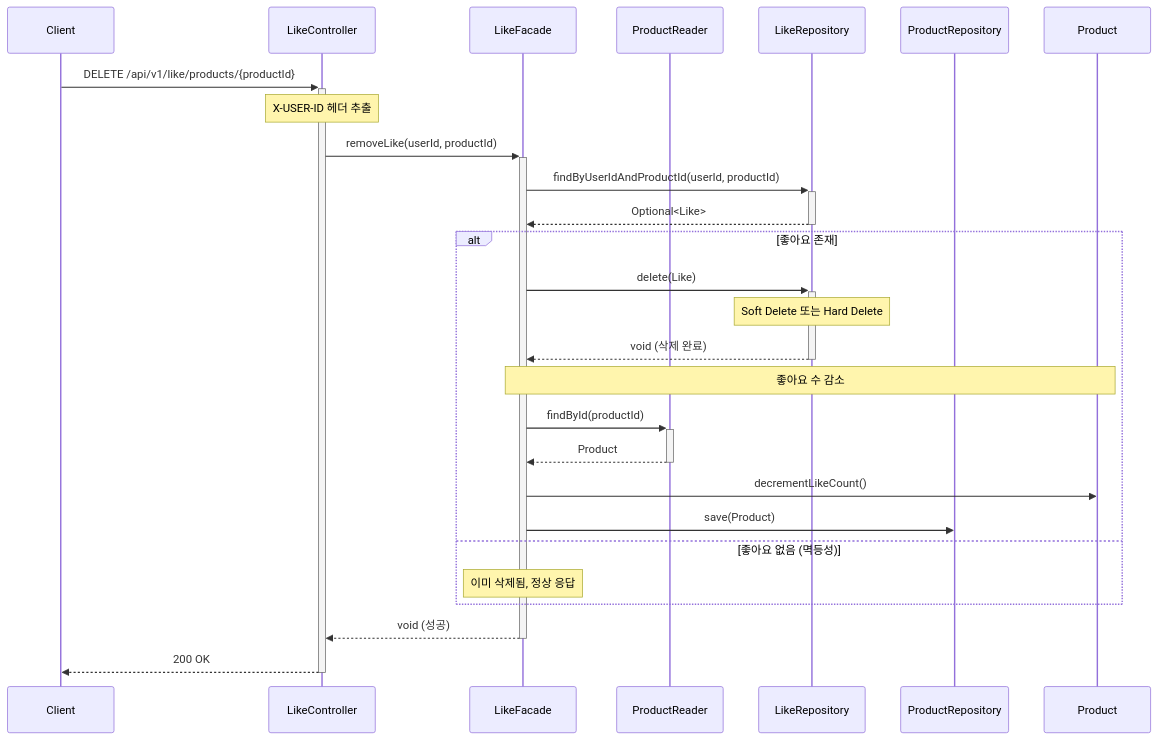
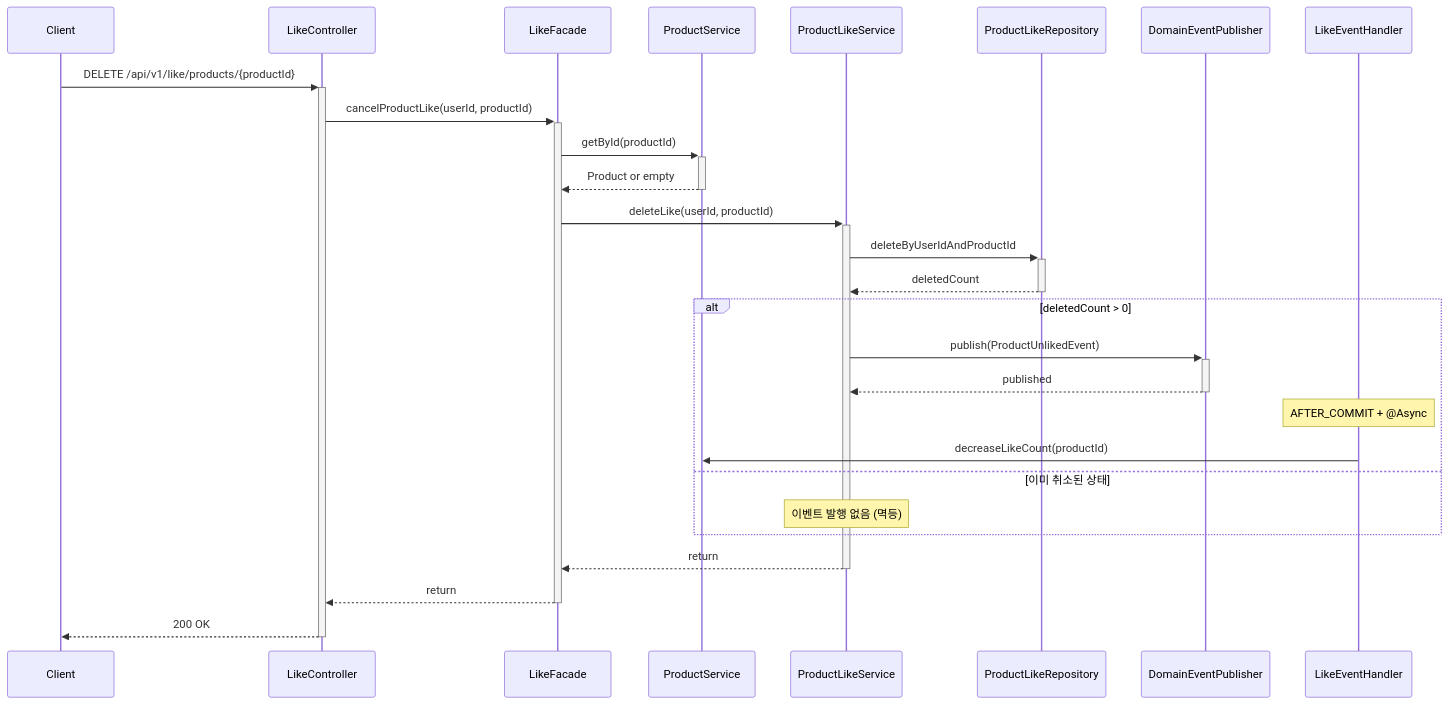
Before and after one commit to JeonJe/commerce-backend: the fourth of 10 diagrams in docs/design/02-sequence-diagrams.md, drawn with Mermaid. The commit also changed other lines of this file and 9 other files, not shown here.

````diff
--- a/docs/design/02-sequence-diagrams.md
+++ b/docs/design/02-sequence-diagrams.md
@@ -238,35 +132,34 @@
 ```mermaid
 sequenceDiagram
     participant Client
     participant LikeController
     participant LikeFacade
-    participant ProductReader
-    participant LikeRepository
-    participant ProductRepository
-    participant Product
+    participant ProductService
+    participant ProductLikeService
+    participant LikeRepo as ProductLikeRepository
+    participant EventPublisher as DomainEventPublisher
+    participant LikeEventHandler
 
     Client->>+LikeController: DELETE /api/v1/like/products/{productId}
-    Note over LikeController: X-USER-ID 헤더 추출
+    LikeController->>+LikeFacade: cancelProductLike(userId, productId)
 
-    LikeController->>+LikeFacade: removeLike(userId, productId)
+    LikeFacade->>+ProductService: getById(productId)
+    ProductService-->>-LikeFacade: Product or empty
 
-    LikeFacade->>+LikeRepository: findByUserIdAndProductId(userId, productId)
-    LikeRepository-->>-LikeFacade: Optional<Like>
+    LikeFacade->>+ProductLikeService: deleteLike(userId, productId)
+    ProductLikeService->>+LikeRepo: deleteByUserIdAndProductId
+    LikeRepo-->>-ProductLikeService: deletedCount
 
-    alt 좋아요 존재
-        LikeFacade->>+LikeRepository: delete(Like)
-        Note over LikeRepository: Soft Delete 또는 Hard Delete
-        LikeRepository-->>-LikeFacade: void (삭제 완료)
-
-        Note over LikeFacade,Product: 좋아요 수 감소
-        LikeFacade->>+ProductReader: findById(productId)
-        ProductReader-->>-LikeFacade: Product
-        LikeFacade->>Product: decrementLikeCount()
-        LikeFacade->>ProductRepository: save(Product)
-    else 좋아요 없음 (멱등성)
-        Note over LikeFacade: 이미 삭제됨, 정상 응답
+    alt deletedCount > 0
+        ProductLikeService->>+EventPublisher: publish(ProductUnlikedEvent)
+        EventPublisher-->>-ProductLikeService: published
+        Note over LikeEventHandler: AFTER_COMMIT + @Async
+        LikeEventHandler->>ProductService: decreaseLikeCount(productId)
+    else 이미 취소된 상태
+        Note over ProductLikeService: 이벤트 발행 없음 (멱등)
     end
 
-    LikeFacade-->>-LikeController: void (성공)
+    ProductLikeService-->>-LikeFacade: return
+    LikeFacade-->>-LikeController: return
     LikeController-->>-Client: 200 OK
 ```
````
